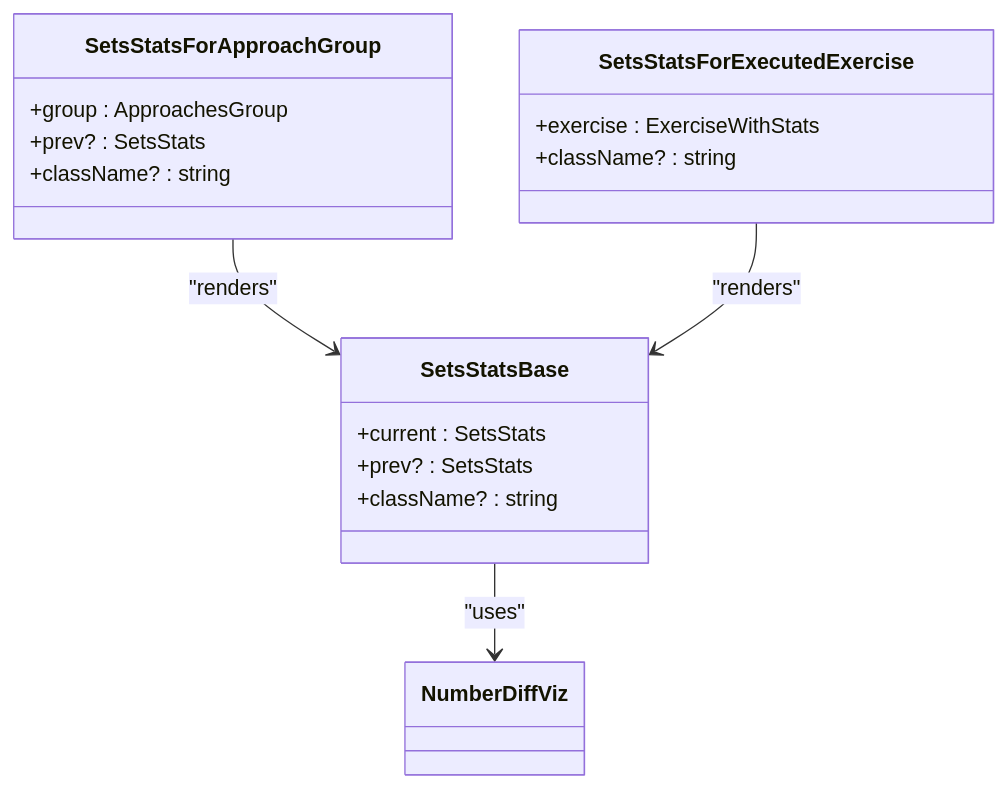
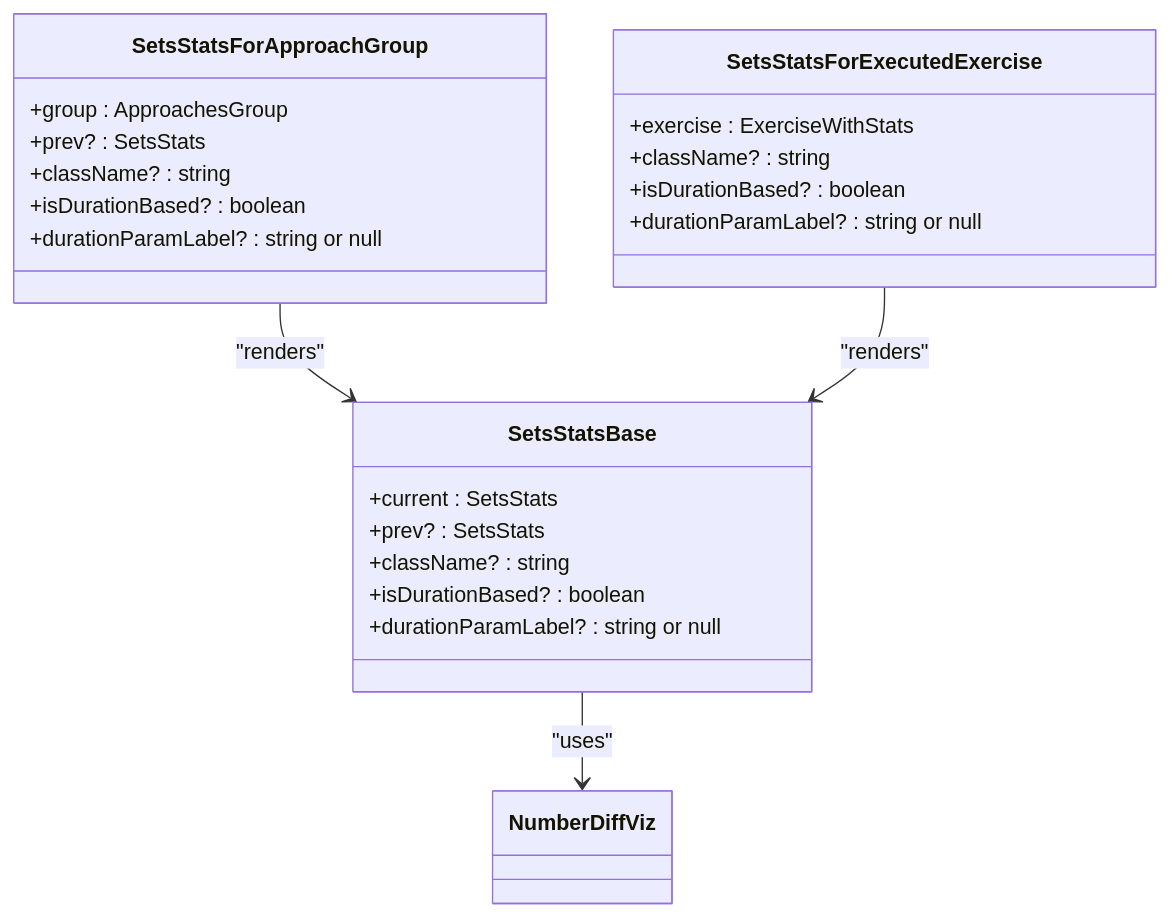
One commit to Dezzpil/meingym changed the eighth of 13 diagrams in .qoder/repowiki/en/content/Architecture Overview/Shared Components.md. Above: the diagram before and after it, drawn with Mermaid. The commit also changed other lines of this file and 12 other files, not shown here.

````diff
--- a/.qoder/repowiki/en/content/Architecture Overview/Shared Components.md
+++ b/.qoder/repowiki/en/content/Architecture Overview/Shared Components.md
@@ -324,20 +378,26 @@
 ```mermaid
 classDiagram
 class SetsStatsBase {
 +current : SetsStats
 +prev? : SetsStats
 +className? : string
++isDurationBased? : boolean
++durationParamLabel? : string or null
 }
 class SetsStatsForApproachGroup {
 +group : ApproachesGroup
 +prev? : SetsStats
 +className? : string
++isDurationBased? : boolean
++durationParamLabel? : string or null
 }
 class SetsStatsForExecutedExercise {
 +exercise : ExerciseWithStats
 +className? : string
++isDurationBased? : boolean
++durationParamLabel? : string or null
 }
 SetsStatsForApproachGroup --> SetsStatsBase : "renders"
 SetsStatsForExecutedExercise --> SetsStatsBase : "renders"
 SetsStatsBase --> NumberDiffViz : "uses"
 ```
````
